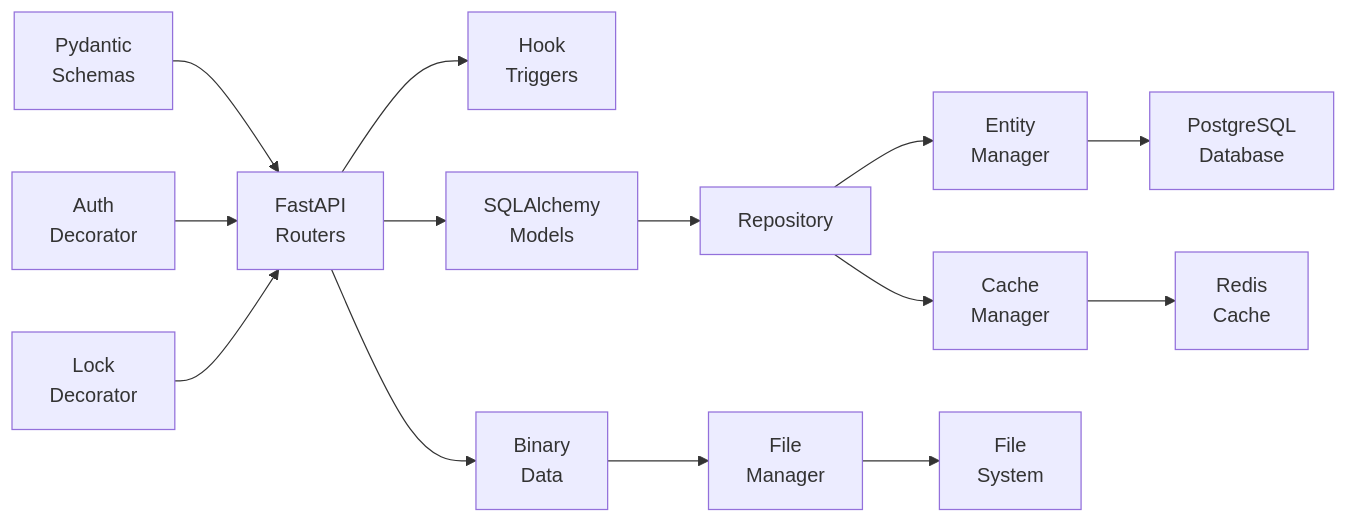
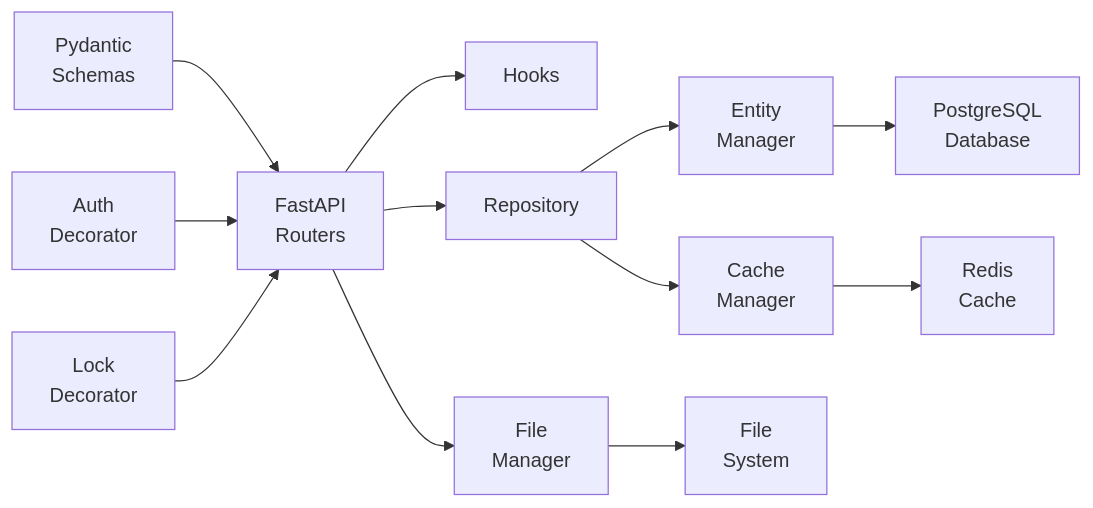
The diagram in README.md (artabramov/hidden), drawn with Mermaid before and after one commit.

````diff
--- a/README.md
+++ b/README.md
@@ -25,30 +25,27 @@
 ```mermaid
 graph LR
     AUTH[Auth<br>Decorator]
     LOCK[Lock<br>Decorator]
     PYDANTIC[Pydantic<br>Schemas]
     ROUTER[FastAPI<br>Routers]
-    HOOK[Hook<br>Triggers]
-    MODEL[SQLAlchemy<br>Models]
+    HOOK[Hooks]
     REPOSITORY[Repository]
     EM[Entity<br>Manager]
     CM[Cache<br>Manager]
     FM[File<br>Manager]
-    FILES[File<br>System]
-    BINARY[Binary<br>Data]
     POSTGRES[PostgreSQL<br>Database]
     REDIS[Redis<br>Cache]
-    ROUTER --> MODEL
-    MODEL --> REPOSITORY
+    BINARY[File<br>System]
+    ROUTER --> REPOSITORY
     REPOSITORY --> EM
     REPOSITORY --> CM
-    ROUTER --> BINARY
-    BINARY --> FM
-    FM --> FILES
+    ROUTER --> FM
+    FM --> BINARY
     EM --> POSTGRES
     CM --> REDIS
     PYDANTIC --> ROUTER
     AUTH --> ROUTER
     LOCK --> ROUTER
     ROUTER --> HOOK
+
 ```
````
